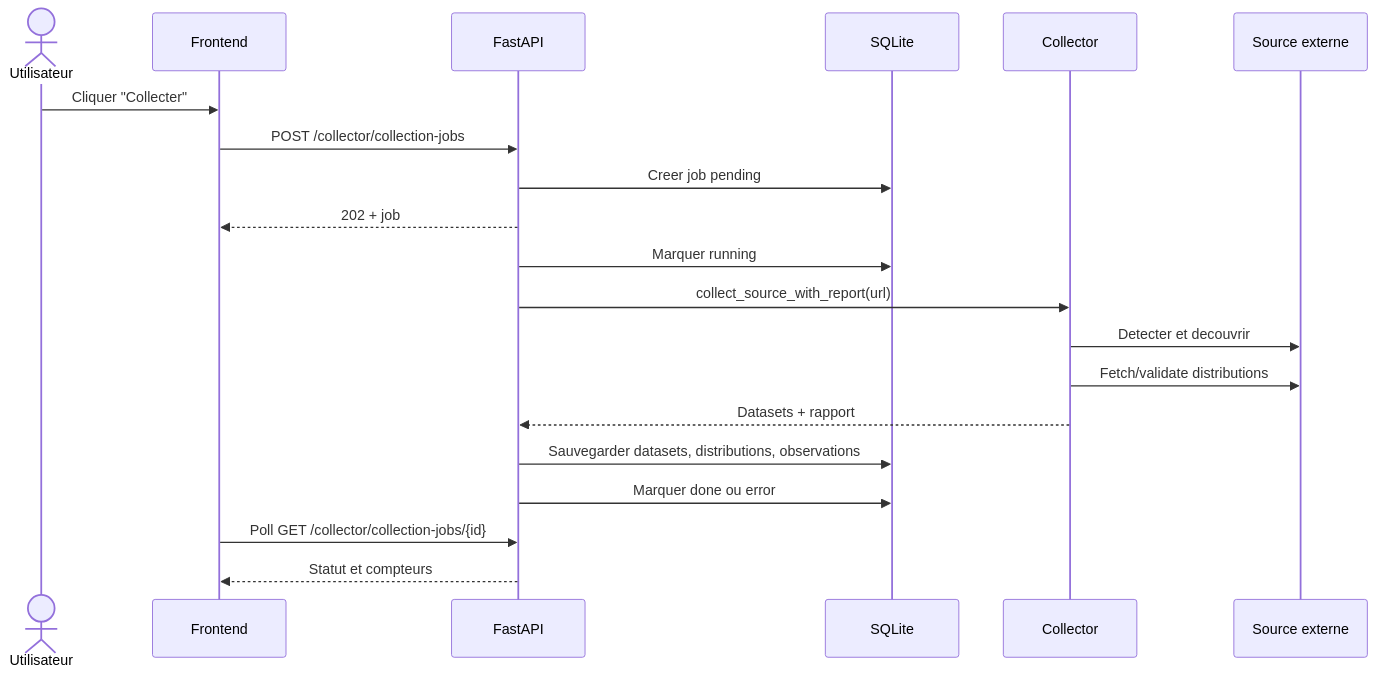
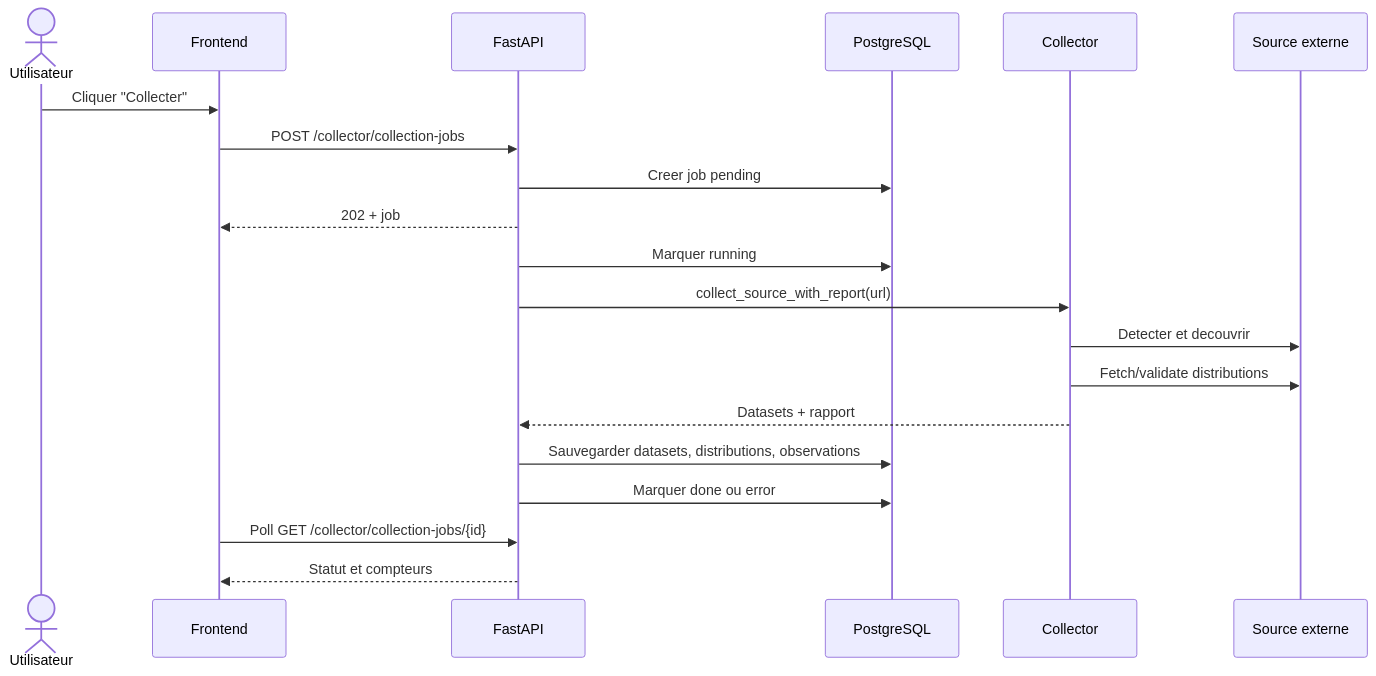
Before and after one commit to nicolasberlin/global-health-dataset-catalog: the eighth of 10 diagrams in docs/technical-design-document.md, drawn with Mermaid. The commit also changed other lines of this file and 19 other files, not shown here.

Commit message:
Refactor async PostgreSQL database layer

````diff
--- a/docs/technical-design-document.md
+++ b/docs/technical-design-document.md
@@ -527,23 +539,23 @@
 ```mermaid
 sequenceDiagram
     actor User as Utilisateur
     participant UI as Frontend
     participant API as FastAPI
-    participant DB as SQLite
+    participant DB as PostgreSQL
     participant Collector as Collector
     participant External as Source externe
 
     User->>UI: Cliquer "Collecter"
     UI->>API: POST /collector/collection-jobs
     API->>DB: Creer job pending
     API-->>UI: 202 + job
     API->>DB: Marquer running
     API->>Collector: collect_source_with_report(url)
     Collector->>External: Detecter et decouvrir
     Collector->>External: Fetch/validate distributions
     Collector-->>API: Datasets + rapport
     API->>DB: Sauvegarder datasets, distributions, observations
     API->>DB: Marquer done ou error
     UI->>API: Poll GET /collector/collection-jobs/{id}
     API-->>UI: Statut et compteurs
 ```
````
